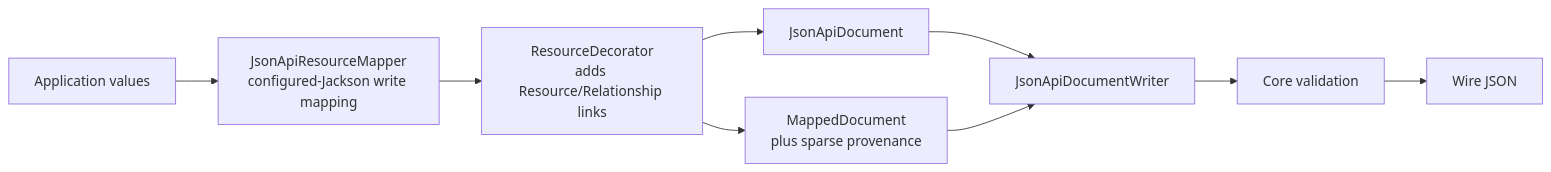
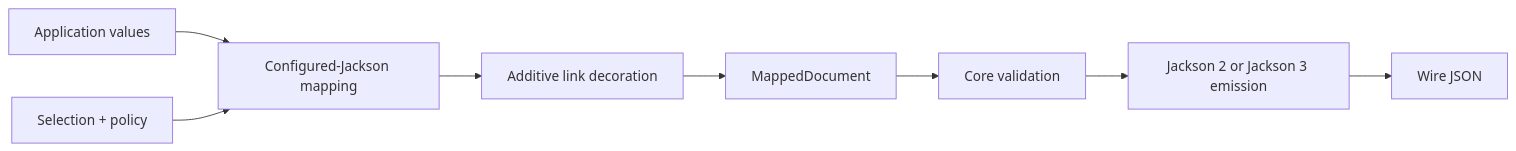
Before and after one commit to kazforge/jsonapi-java: the second of 2 diagrams in docs/architecture.md, drawn with Mermaid. The commit also changed other lines of this file and 29 other files, not shown here.

````diff
--- a/docs/architecture.md
+++ b/docs/architecture.md
@@ -115,11 +74,10 @@
 ```mermaid
 flowchart LR
-  APP["Application values"] --> MAP["JsonApiResourceMapper<br/>configured-Jackson write mapping"]
-  MAP --> DECOR["ResourceDecorator<br/>adds Resource/Relationship links"]
-  DECOR --> COREDOC["JsonApiDocument"]
-  DECOR --> MAPPED["MappedDocument<br/>plus sparse provenance"]
-  COREDOC --> WRITER["JsonApiDocumentWriter"]
-  MAPPED --> WRITER
-  WRITER --> VAL["Core validation"]
-  VAL --> JSON["Wire JSON"]
+  APP["Application values"] --> MAP["Configured-Jackson mapping"]
+  SELECT["Selection + policy"] --> MAP
+  MAP --> DECORATE["Additive link decoration"]
+  DECORATE --> MAPPED["MappedDocument"]
+  MAPPED --> VALIDATE["Core validation"]
+  VALIDATE --> WRITE["Jackson 2 or Jackson 3 emission"]
+  WRITE --> JSON["Wire JSON"]
 ```
````
